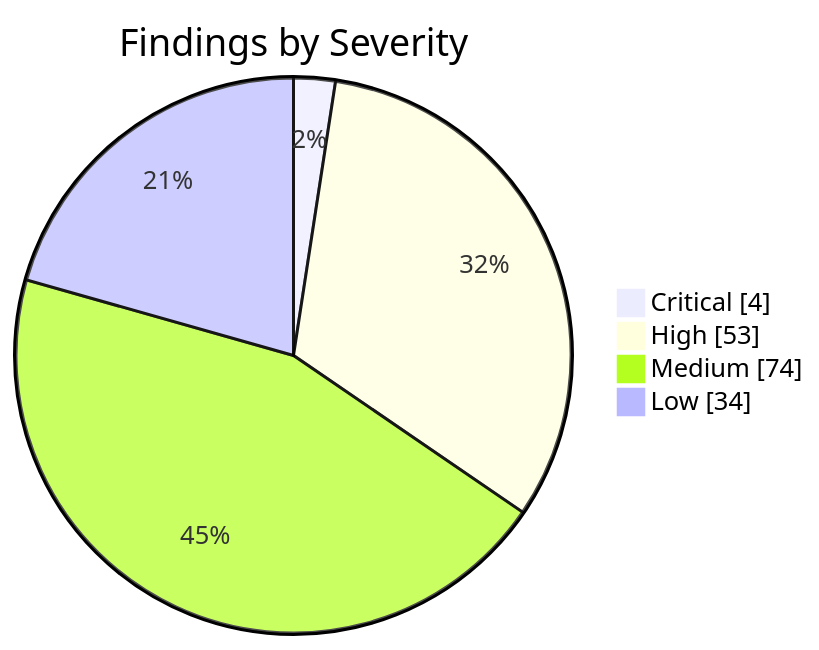
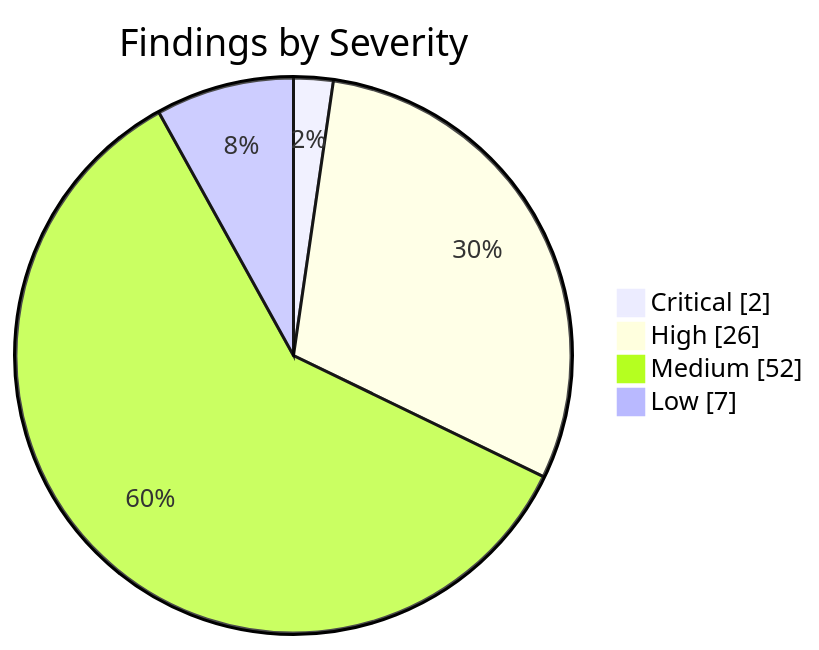
The first of 2 diagrams in apps/kbve/astro-kbve/src/content/docs/dashboard/security.mdx (KBVE/kbve), drawn with Mermaid before and after one commit. The commit also changed other lines of this file and 8 other files, not shown here.

````diff
--- a/apps/kbve/astro-kbve/src/content/docs/dashboard/security.mdx
+++ b/apps/kbve/astro-kbve/src/content/docs/dashboard/security.mdx
@@ -62,8 +62,8 @@
 ```mermaid
 pie showData
     title Findings by Severity
-    "Critical" : 4
-    "High" : 53
-    "Medium" : 74
-    "Low" : 34
+    "Critical" : 2
+    "High" : 26
+    "Medium" : 52
+    "Low" : 7
 ```
````
